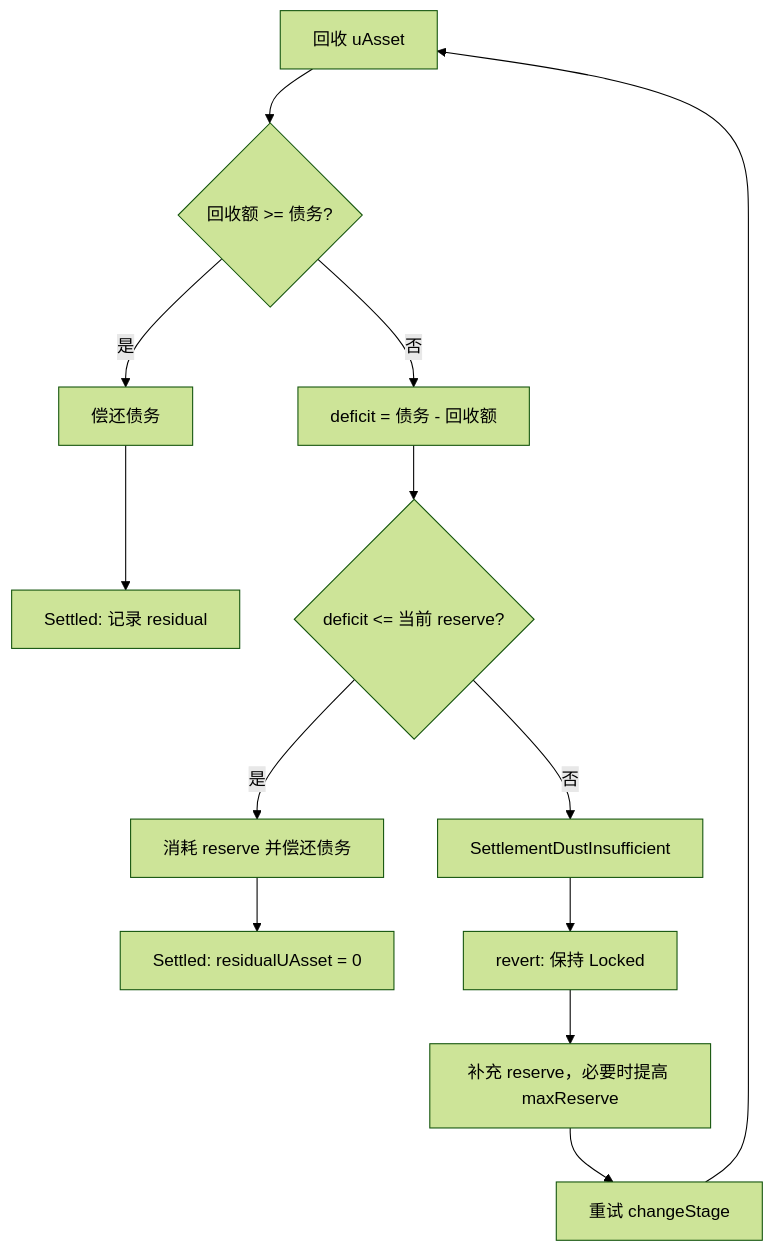
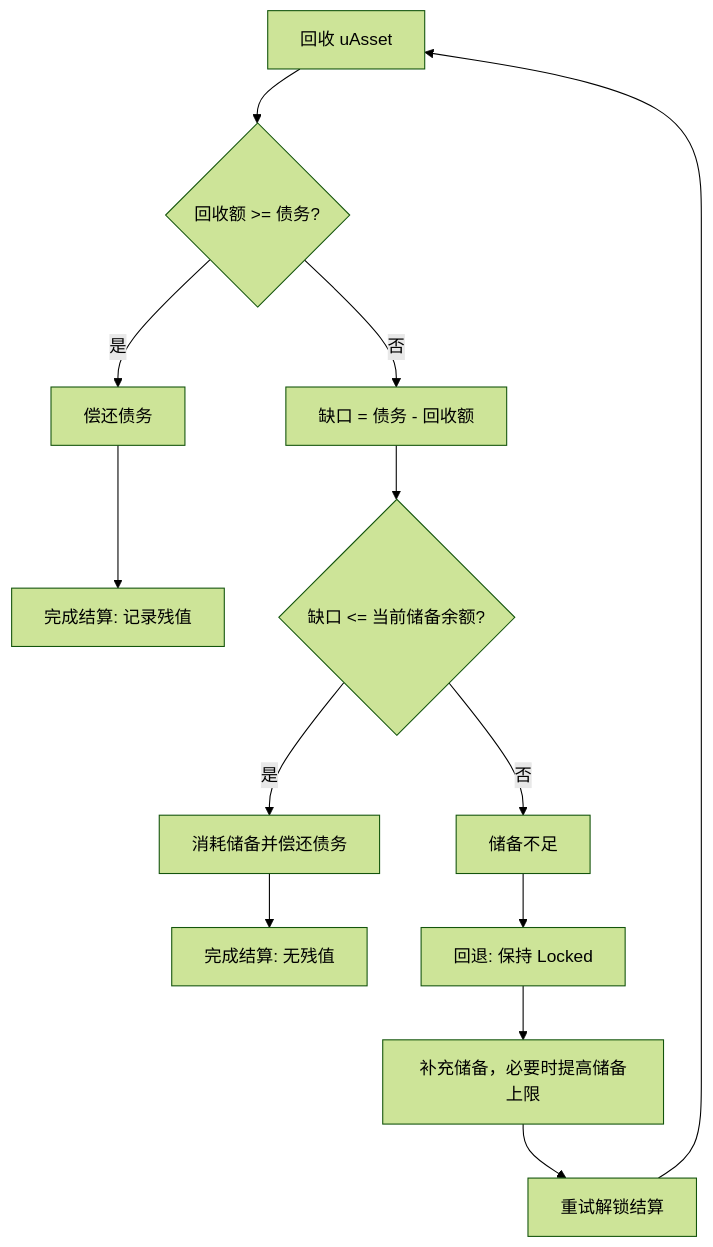
One commit to OutrunBuild/OutrunBook changed the diagram in memeverse/polend.md. Above: the diagram before and after it, drawn with Mermaid (forest theme). The commit also changed other lines of this file and 15 other files, not shown here.

````diff
--- a/memeverse/polend.md
+++ b/memeverse/polend.md
@@ -37,15 +37,15 @@
 ```mermaid
 flowchart TD
     A[回收 uAsset] --> B{回收额 >= 债务?}
     B -->|是| C[偿还债务]
-    C --> D[Settled: 记录 residual]
-    B -->|否| E[deficit = 债务 - 回收额]
-    E --> F{deficit <= 当前 reserve?}
-    F -->|是| G[消耗 reserve 并偿还债务]
-    G --> H[Settled: residualUAsset = 0]
-    F -->|否| I[SettlementDustInsufficient]
-    I --> J[revert: 保持 Locked]
-    J --> K[补充 reserve，必要时提高 maxReserve]
-    K --> L[重试 changeStage]
+    C --> D[完成结算: 记录残值]
+    B -->|否| E[缺口 = 债务 - 回收额]
+    E --> F{缺口 <= 当前储备余额?}
+    F -->|是| G[消耗储备并偿还债务]
+    G --> H[完成结算: 无残值]
+    F -->|否| I[储备不足]
+    I --> J[回退: 保持 Locked]
+    J --> K[补充储备，必要时提高储备上限]
+    K --> L[重试解锁结算]
     L --> A
 ```
````
